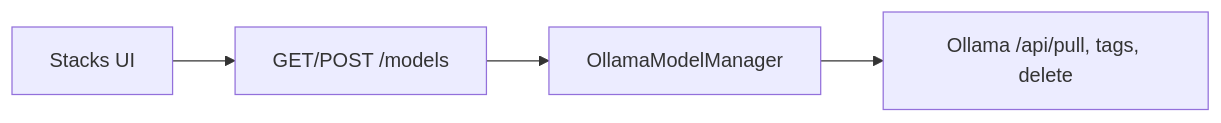
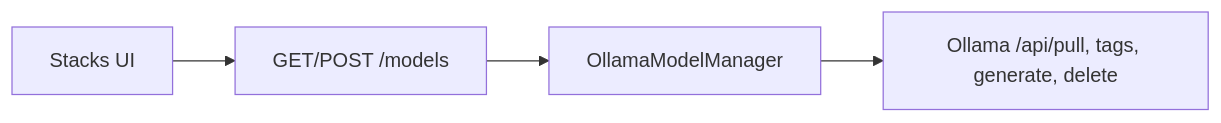
The diagram in docs/architecture/17_MODELS.md (abhishekjasani/AgentAnyStack), drawn with Mermaid before and after one commit. The commit also changed other lines of this file and 8 other files, not shown here.

````diff
--- a/docs/architecture/17_MODELS.md
+++ b/docs/architecture/17_MODELS.md
@@ -5,8 +5,8 @@
 ```mermaid
 flowchart LR
     UI["Stacks UI"]
     API["GET/POST /models"]
     M["OllamaModelManager"]
-    OL["Ollama /api/pull, tags, delete"]
+    OL["Ollama /api/pull, tags, generate, delete"]
     UI --> API --> M --> OL
 ```
````
